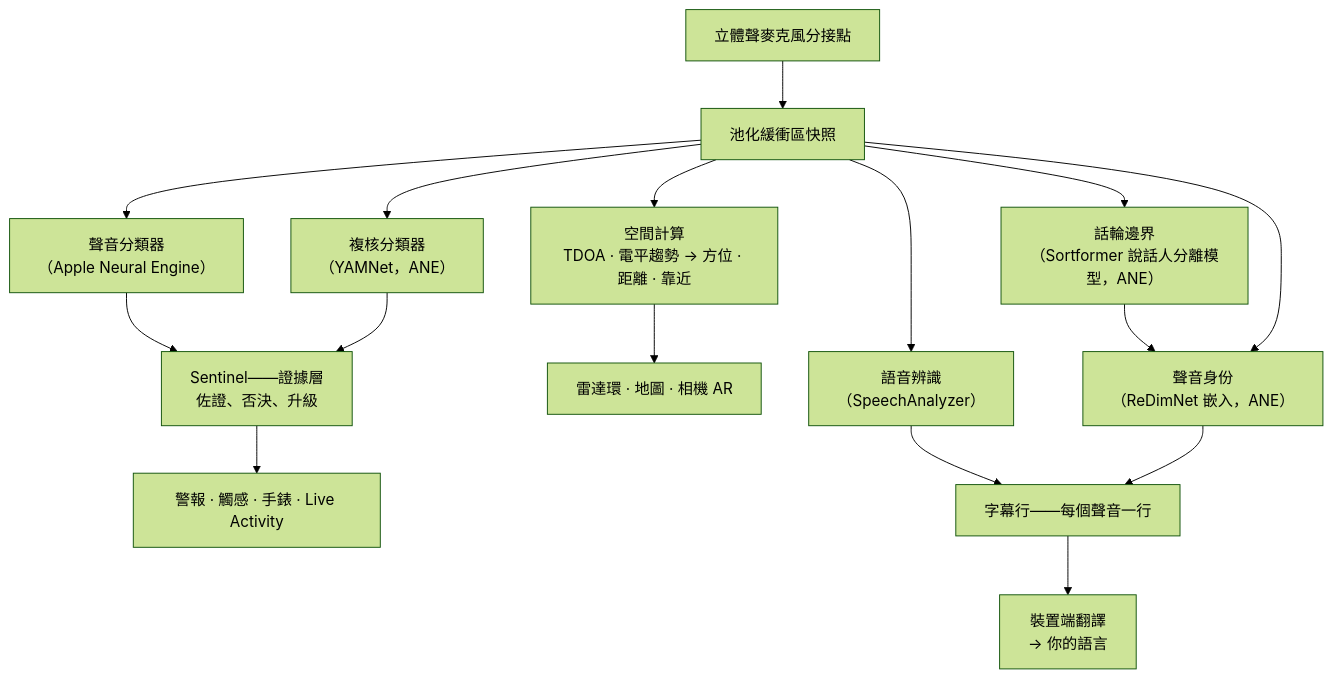
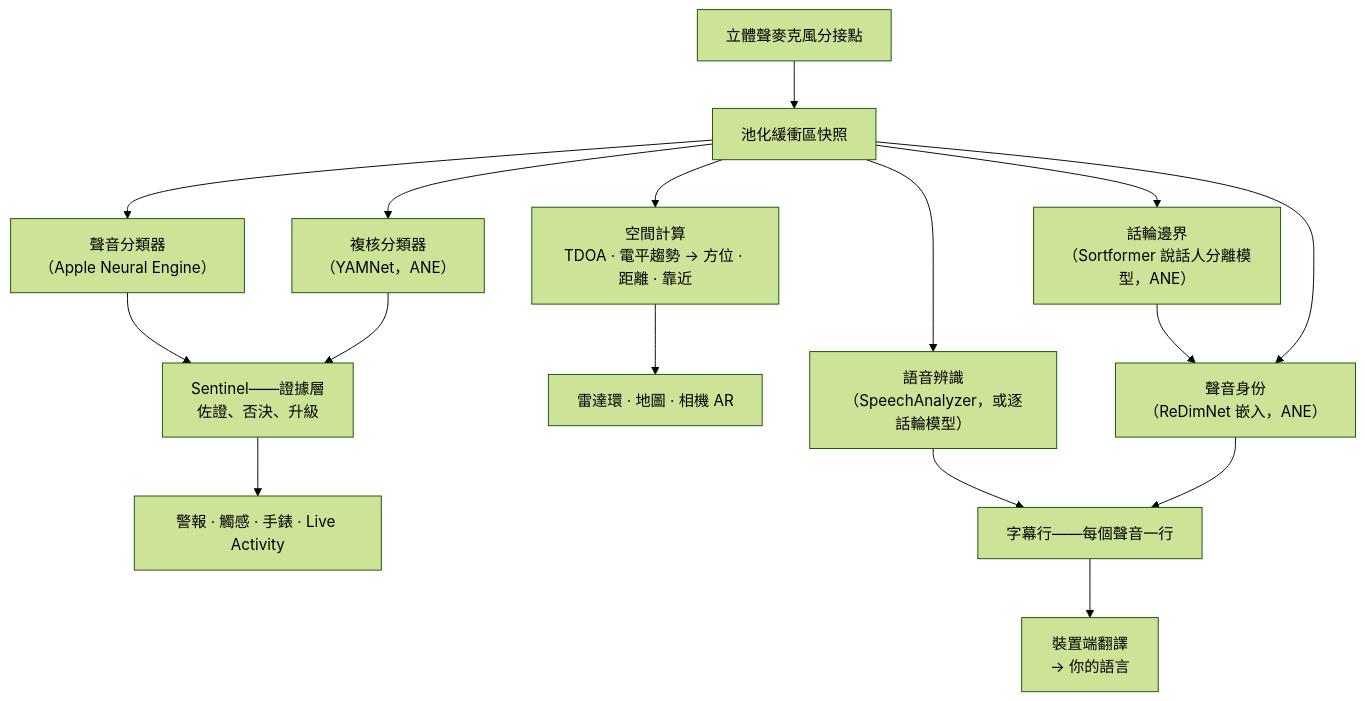
The second of 4 diagrams in README_zh-Hant.md (rpalm01-star/VigilantEarLegal), drawn with Mermaid (forest theme) before and after one commit. The commit also changed other lines of this file and 14 other files, not shown here.

````diff
--- a/README_zh-Hant.md
+++ b/README_zh-Hant.md
@@ -134,18 +145,18 @@
 ```mermaid
 graph TD
     A["立體聲麥克風分接點"] --> B["池化緩衝區快照"]
     B --> C["聲音分類器<br/>（Apple Neural Engine）"]
     B --> Y["複核分類器<br/>（YAMNet，ANE）"]
     C --> S["Sentinel——證據層<br/>佐證、否決、升級"]
     Y --> S
     S --> H["警報 · 觸感 · 手錶 · Live Activity"]
     B --> D["空間計算<br/>TDOA · 電平趨勢 → 方位 · 距離 · 靠近"]
     D --> R["雷達環 · 地圖 · 相機 AR"]
-    B --> F["語音辨識<br/>（SpeechAnalyzer）"]
+    B --> F["語音辨識<br/>（SpeechAnalyzer，或逐話輪模型）"]
     B --> N["話輪邊界<br/>（Sortformer 說話人分離模型，ANE）"]
     N --> E["聲音身份<br/>（ReDimNet 嵌入，ANE）"]
     B --> E
     F --> G["字幕行——每個聲音一行"]
     E --> G
     G --> T["裝置端翻譯<br/>→ 你的語言"]
 ```
````
